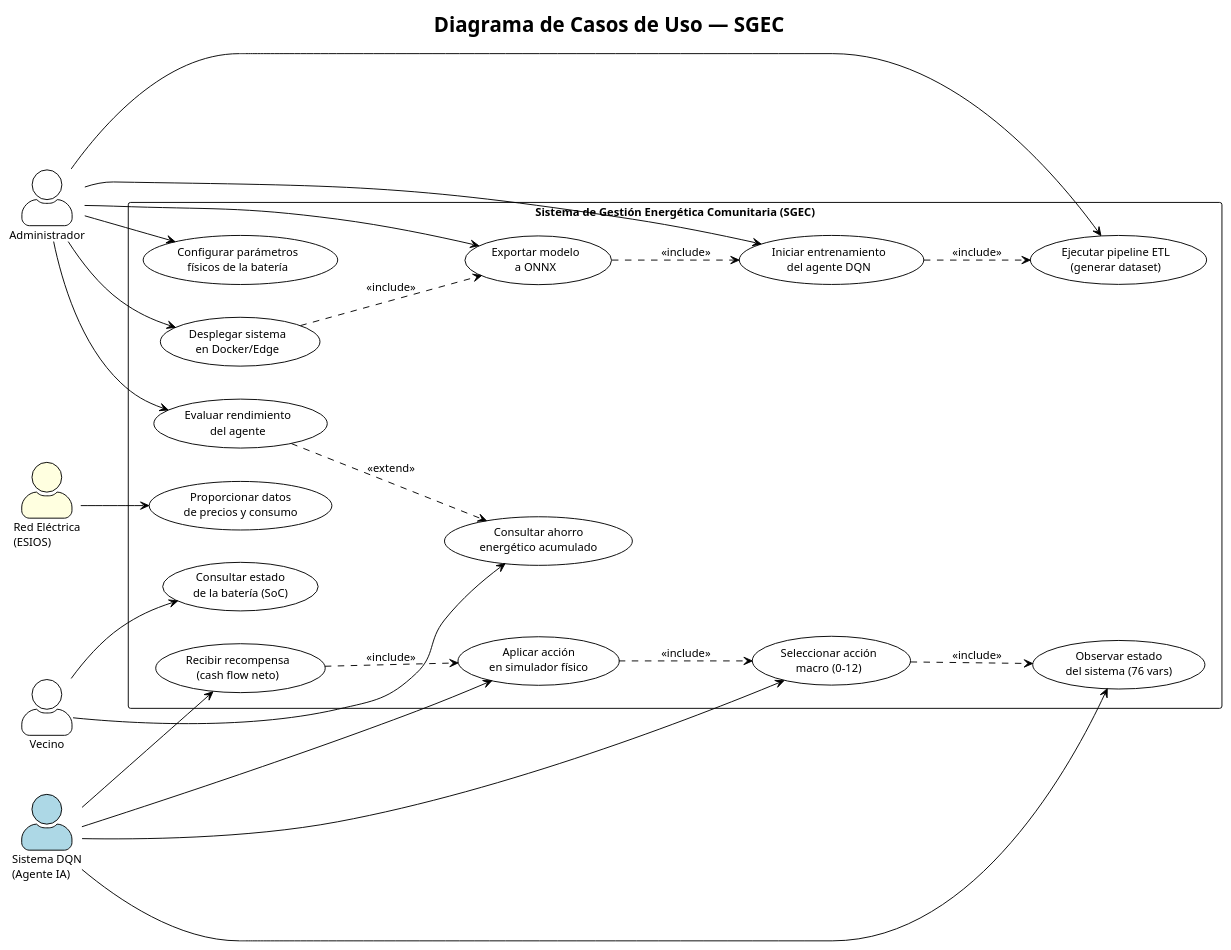
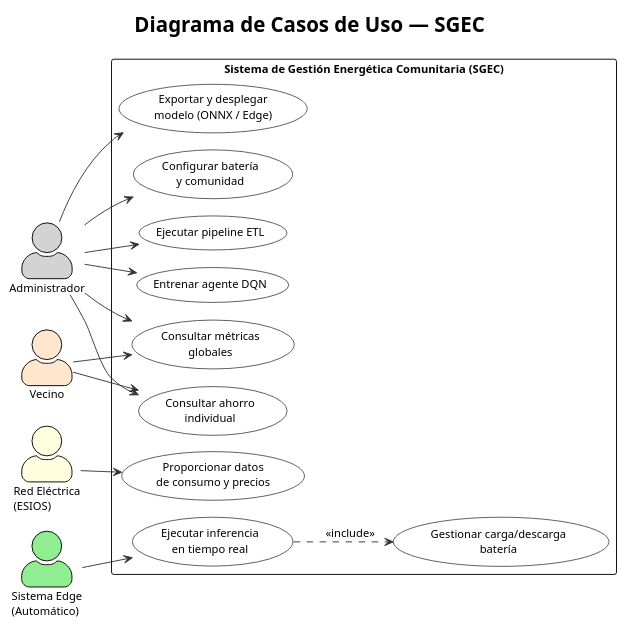
One commit to Roberto-RodriguezNunez/Plataforma-Optimizacion-Comunidades-Energeticas_TFG_RobertoRN changed the diagram in doc/diagramas/casos_de_uso.puml. Above: the diagram before and after it, drawn with PlantUML. The commit also changed 9 other files, not shown here.

Commit message:
docs: diagramas de diseño (arquitectura por capas, MER, casos de uso, secuencia) e historias de usuario

```diff
--- a/doc/diagramas/casos_de_uso.puml
+++ b/doc/diagramas/casos_de_uso.puml
@@ -1,71 +1,47 @@
 @startuml casos_de_uso
 !theme plain
 skinparam defaultFontName Arial
 skinparam defaultFontSize 12
 skinparam actorStyle awesome
+skinparam linetype polyline
+skinparam ArrowColor #333333
+skinparam usecaseBorderColor #555555
 
+!pragma layout smetana
 left to right direction
 
 title Diagrama de Casos de Uso — SGEC
 
-' ─── ACTORES ───────────────────────────────────
-actor "Administrador" as ADMIN
-actor "Vecino" as VECINO
-actor "Red Eléctrica\n(ESIOS)" as RED #LightYellow
-actor "Sistema DQN\n(Agente IA)" as DQN #LightBlue
+actor "Administrador"          as ADMIN  #LightGray
+actor "Red Eléctrica\n(ESIOS)" as RED    #LightYellow
 
-' ─── SISTEMA ────────────────────────────────────
 rectangle "Sistema de Gestión Energética Comunitaria (SGEC)" {
+    usecase "Proporcionar datos\nde consumo y precios"   as UC1
+    usecase "Ejecutar pipeline ETL"                      as UC2
+    usecase "Entrenar agente DQN"                        as UC3
+    usecase "Exportar y desplegar\nmodelo (ONNX / Edge)" as UC4
+    usecase "Configurar batería\ny comunidad"            as UC5
+    usecase "Ejecutar inferencia\nen tiempo real"        as UC6
+    usecase "Gestionar carga/descarga\nbatería"          as UC7
+    usecase "Consultar métricas\nglobales"               as UC8
+    usecase "Consultar ahorro\nindividual"               as UC9
 
-    ' Administrador
-    usecase "Ejecutar pipeline ETL\n(generar dataset)" as UC1
-    usecase "Iniciar entrenamiento\ndel agente DQN" as UC2
-    usecase "Evaluar rendimiento\ndel agente" as UC3
-    usecase "Exportar modelo\na ONNX" as UC4
-    usecase "Desplegar sistema\nen Docker/Edge" as UC5
-    usecase "Configurar parámetros\nfísicos de la batería" as UC6
-
-    ' Vecino
-    usecase "Consultar ahorro\nenergético acumulado" as UC7
-    usecase "Consultar estado\nde la batería (SoC)" as UC8
-
-    ' Sistema DQN (actor automatizado)
-    usecase "Observar estado\ndel sistema (76 vars)" as UC9
-    usecase "Seleccionar acción\nmacro (0-12)" as UC10
-    usecase "Aplicar acción\nen simulador físico" as UC11
-    usecase "Recibir recompensa\n(cash flow neto)" as UC12
-
-    ' Red Eléctrica
-    usecase "Proporcionar datos\nde precios y consumo" as UC13
 }
 
-' ─── RELACIONES ACTOR → CASO DE USO ─────────────
-ADMIN --> UC1
-ADMIN --> UC2
-ADMIN --> UC3
-ADMIN --> UC4
-ADMIN --> UC5
-ADMIN --> UC6
+actor "Sistema Edge\n(Automático)" as EDGE   #LightGreen
+actor "Vecino"                     as VECINO #FFE6CC
 
-VECINO --> UC7
+RED    --> UC1
+ADMIN  --> UC2
+ADMIN  --> UC3
+ADMIN  --> UC4
+ADMIN  --> UC5
+ADMIN  --> UC8
+ADMIN  --> UC9
+EDGE   --> UC6
 VECINO --> UC8
+VECINO --> UC9
 
-DQN --> UC9
-DQN --> UC10
-DQN --> UC11
-DQN --> UC12
-
-RED --> UC13
-
-' ─── RELACIONES <<include>> / <<extend>> ─────────
-UC2 ..> UC1 : <<include>>
-UC4 ..> UC2 : <<include>>
-UC5 ..> UC4 : <<include>>
-
-UC10 ..> UC9  : <<include>>
-UC11 ..> UC10 : <<include>>
-UC12 ..> UC11 : <<include>>
-
-UC3 ..> UC7 : <<extend>>
+UC6 ..> UC7 : <<include>>
 
 @enduml
```
